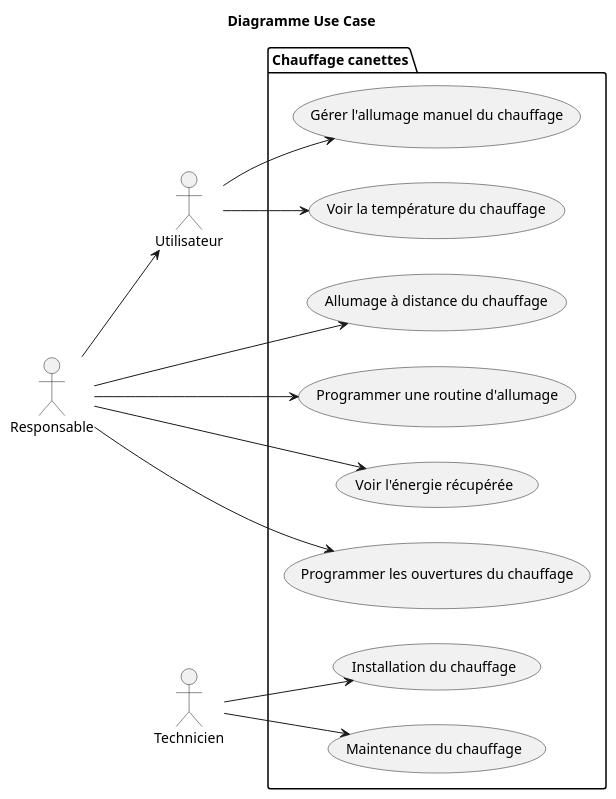
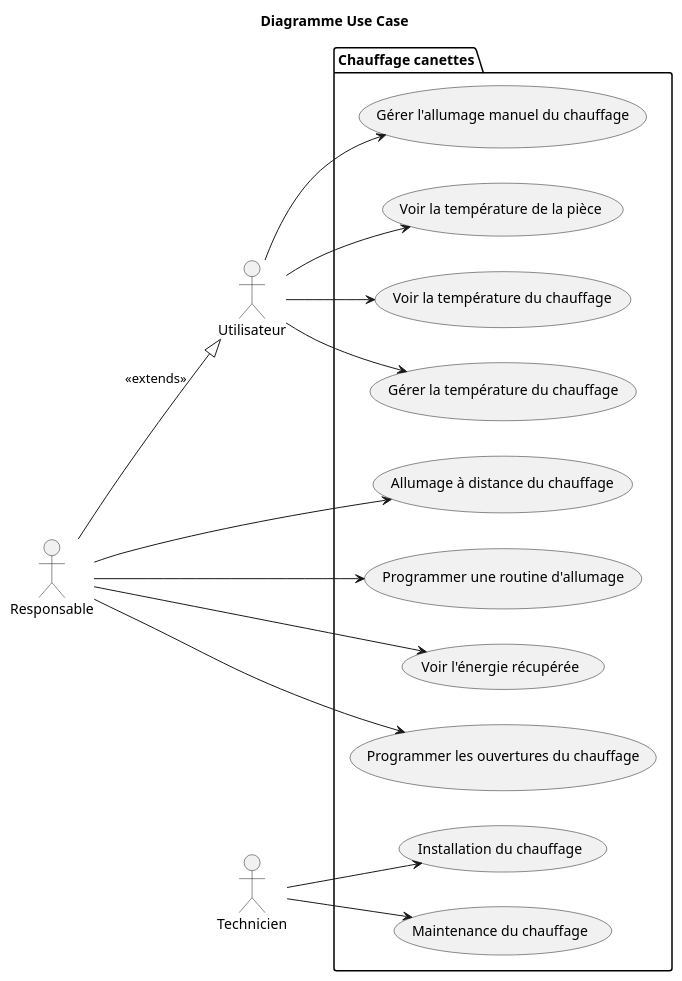
One commit to chauffapagnan/documentation changed the diagram in diagrams/usecase.puml. Above: the diagram before and after it, drawn with PlantUML.

```diff
--- a/diagrams/usecase.puml
+++ b/diagrams/usecase.puml
@@ -1,34 +1,38 @@
 @startuml
 
 title Diagramme Use Case
 left to right direction
 
 actor Utilisateur
 actor Responsable
 actor Technicien
 
 package "Chauffage canettes" {
     usecase (Gérer l'allumage manuel du chauffage) as manuel
     usecase (Allumage à distance du chauffage) as distance
     usecase (Programmer une routine d'allumage) as prog_routine
-    usecase (Voir la température du chauffage) as voir_temp
+    usecase (Voir la température de la pièce) as voir_temp
+    usecase (Voir la température du chauffage) as voir_temp2
+    usecase (Gérer la température du chauffage) as gerer_temp
     usecase (Voir l'énergie récupérée) as voir_energ
     usecase (Programmer les ouvertures du chauffage) as gerer_ouvertures
     usecase (Installation du chauffage) as installation
     usecase (Maintenance du chauffage) as maintenance
 }
 
 Utilisateur --> manuel
 Utilisateur --> voir_temp
+Utilisateur --> voir_temp2
+Utilisateur --> gerer_temp
 
-Responsable --> Utilisateur
+Responsable --|> Utilisateur : <<extends>>
 Responsable --> gerer_ouvertures
 Responsable --> distance
 Responsable --> prog_routine
 Responsable --> voir_energ
 
 Technicien --> installation
 Technicien --> maintenance
 
 
 @enduml
```
